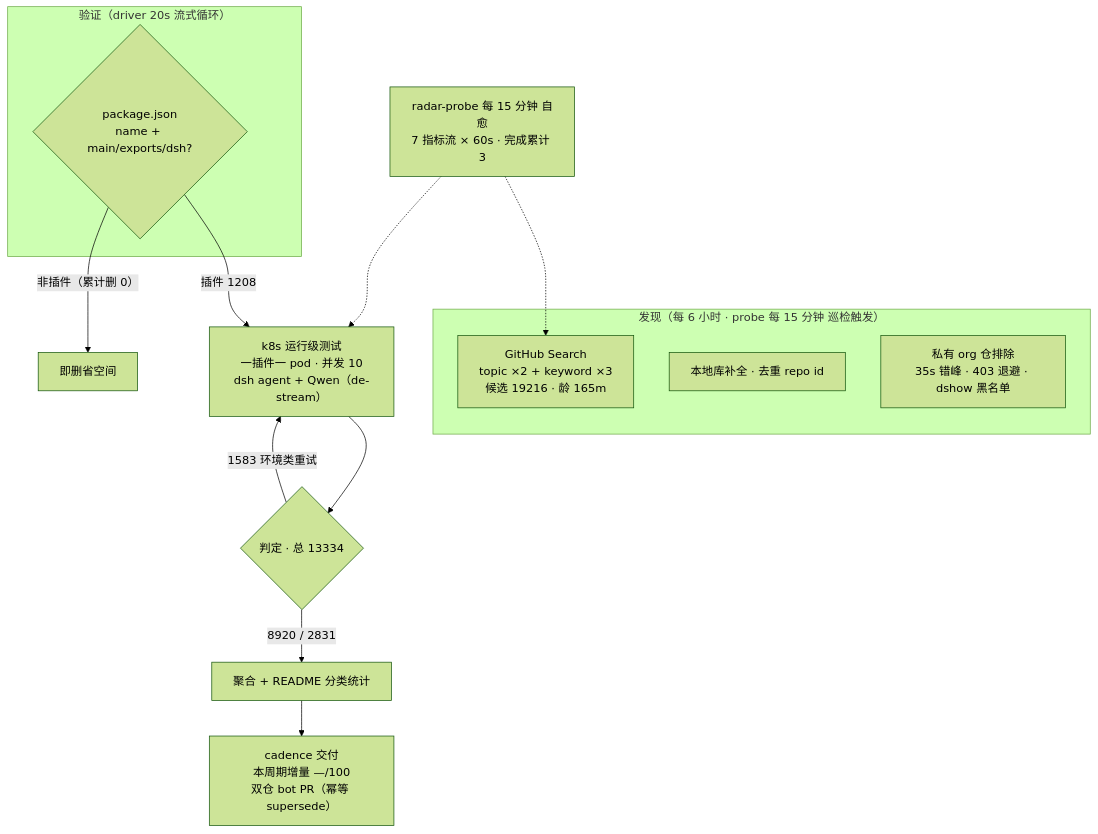
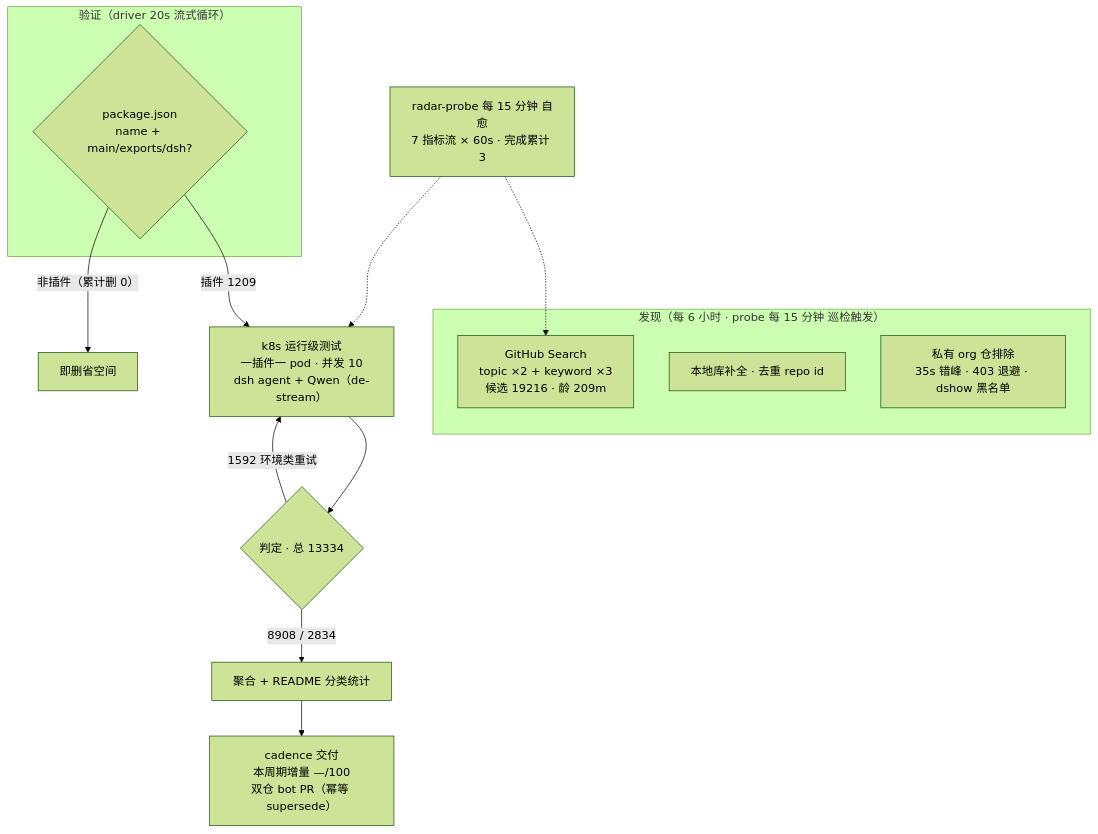
One commit to Zhidao-Lab-OSS/awesome-dsh-plugins changed the diagram in README.md. Above: the diagram before and after it, drawn with Mermaid (forest theme). The commit also changed other lines of this file and 1 other file, not shown here.

````diff
--- a/README.md
+++ b/README.md
@@ -57,20 +58,20 @@
 ```mermaid
 flowchart TB
     subgraph Discovery["发现（每 6 小时 · probe 每 15 分钟 巡检触发）"]
-        A1["GitHub Search<br/>topic ×2 + keyword ×3<br/>候选 19216 · 龄 165m"]
+        A1["GitHub Search<br/>topic ×2 + keyword ×3<br/>候选 19216 · 龄 209m"]
         A2["本地库补全 · 去重 repo id"]
         A3["私有 org 仓排除<br/>35s 错峰 · 403 退避 · dshow 黑名单"]
     end
     subgraph Validation["验证（driver 20s 流式循环）"]
         B1{"package.json<br/>name + main/exports/dsh?"}
     end
-    B1 -->|"插件 1208"| C1["k8s 运行级测试<br/>一插件一 pod · 并发 10<br/>dsh agent + Qwen（de-stream）"]
+    B1 -->|"插件 1209"| C1["k8s 运行级测试<br/>一插件一 pod · 并发 10<br/>dsh agent + Qwen（de-stream）"]
     B1 -->|"非插件（累计删 0）"| B3["即删省空间"]
     C1 --> D1{"判定 · 总 13334"}
-    D1 -->|"8920 / 2831"| E1["聚合 + README 分类统计"]
-    D1 -->|"1583 环境类重试"| C1
+    D1 -->|"8908 / 2834"| E1["聚合 + README 分类统计"]
+    D1 -->|"1592 环境类重试"| C1
     E1 --> E2["cadence 交付<br/>本周期增量 —/100<br/>双仓 bot PR（幂等 supersede）"]
     M["radar-probe 每 15 分钟 自愈<br/>7 指标流 × 60s · 完成累计 3"]
     M -.-> A1
     M -.-> C1
 ```
````
